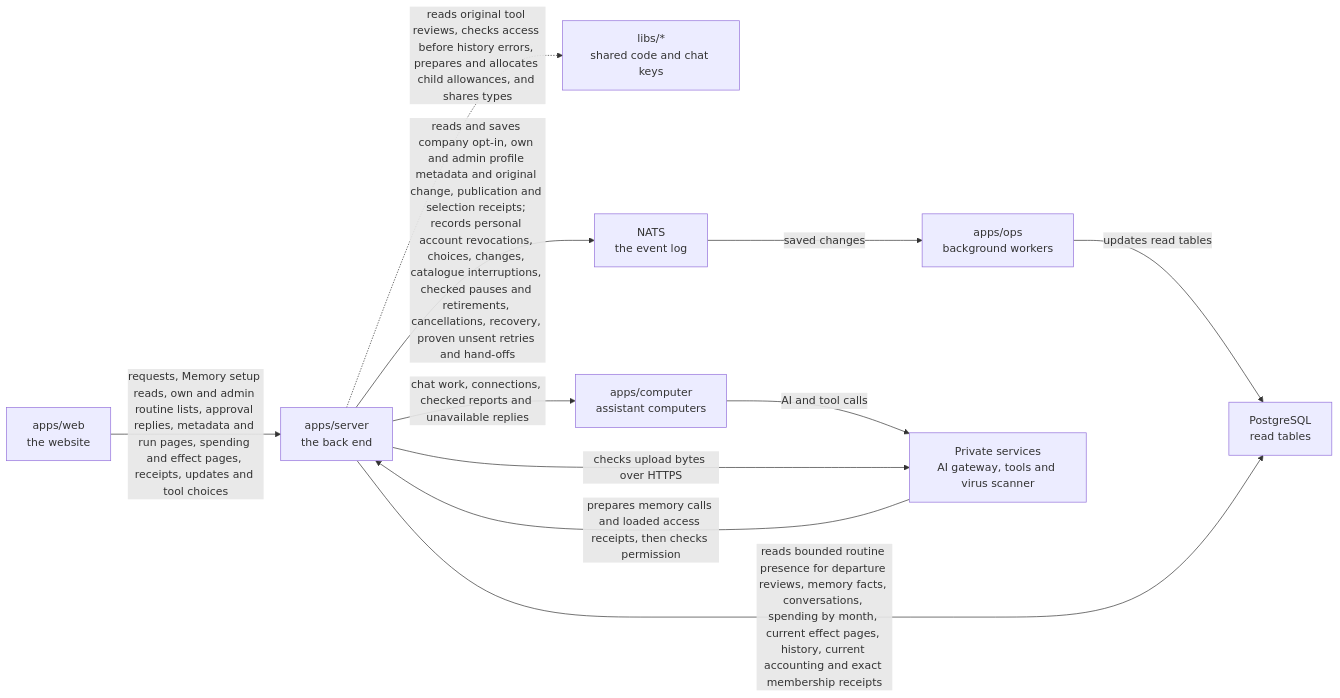
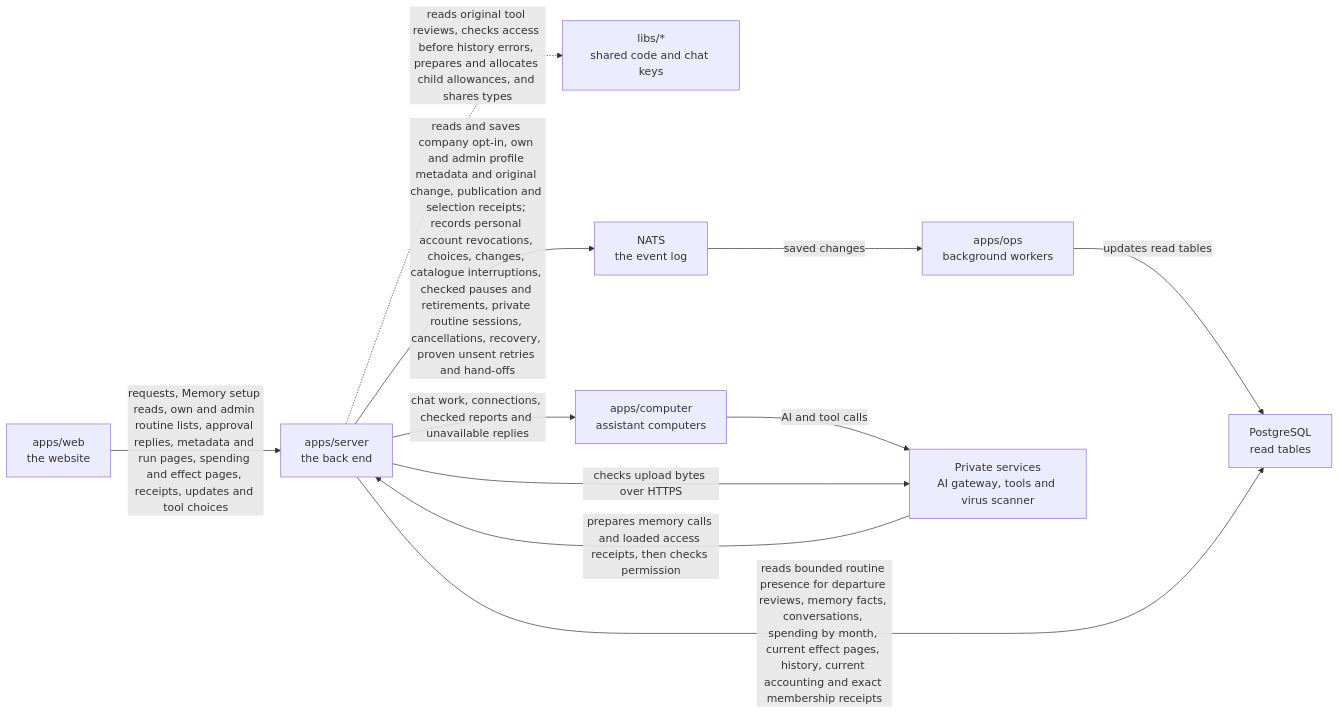
One commit to elewa-git/opencrane-new changed the diagram in apps/server/README.md. Above: the diagram before and after it, drawn with Mermaid. The commit also changed other lines of this file and 4 other files, not shown here.

Commit message:
🔒 Prepare one private session for a claimed routine occurrence

````diff
--- a/apps/server/README.md
+++ b/apps/server/README.md
@@ -82,13 +82,13 @@
 ```mermaid
 flowchart LR
   web["apps/web<br/>the website"] -->|requests, Memory setup reads, own and admin routine lists, approval replies, metadata and run pages, spending and effect pages, receipts, updates and tool choices| server["apps/server<br/>the back end"]
   server -.->|reads original tool reviews, checks access before history errors, prepares and allocates child allowances, and shares types| libs["libs/*<br/>shared code and chat keys"]
-  server -->|reads and saves company opt-in, own and admin profile metadata and original change, publication and selection receipts; records personal account revocations, choices, changes, catalogue interruptions, checked pauses and retirements, cancellations, recovery, proven unsent retries and hand-offs| nats["NATS<br/>the event log"]
+  server -->|reads and saves company opt-in, own and admin profile metadata and original change, publication and selection receipts; records personal account revocations, choices, changes, catalogue interruptions, checked pauses and retirements, private routine sessions, cancellations, recovery, proven unsent retries and hand-offs| nats["NATS<br/>the event log"]
   nats -->|saved changes| ops["apps/ops<br/>background workers"]
   ops -->|updates read tables| postgres["PostgreSQL<br/>read tables"]
   server -->|reads bounded routine presence for departure reviews, memory facts, conversations, spending by month, current effect pages, history, current accounting and exact membership receipts| postgres
   server -->|chat work, connections, checked reports and unavailable replies| computer["apps/computer<br/>assistant computers"]
   computer -->|AI and tool calls| runtime["Private services<br/>AI gateway, tools and virus scanner"]
   server -->|checks upload bytes over HTTPS| runtime
   runtime -->|prepares memory calls and loaded access receipts, then checks permission| server
 ```
````
